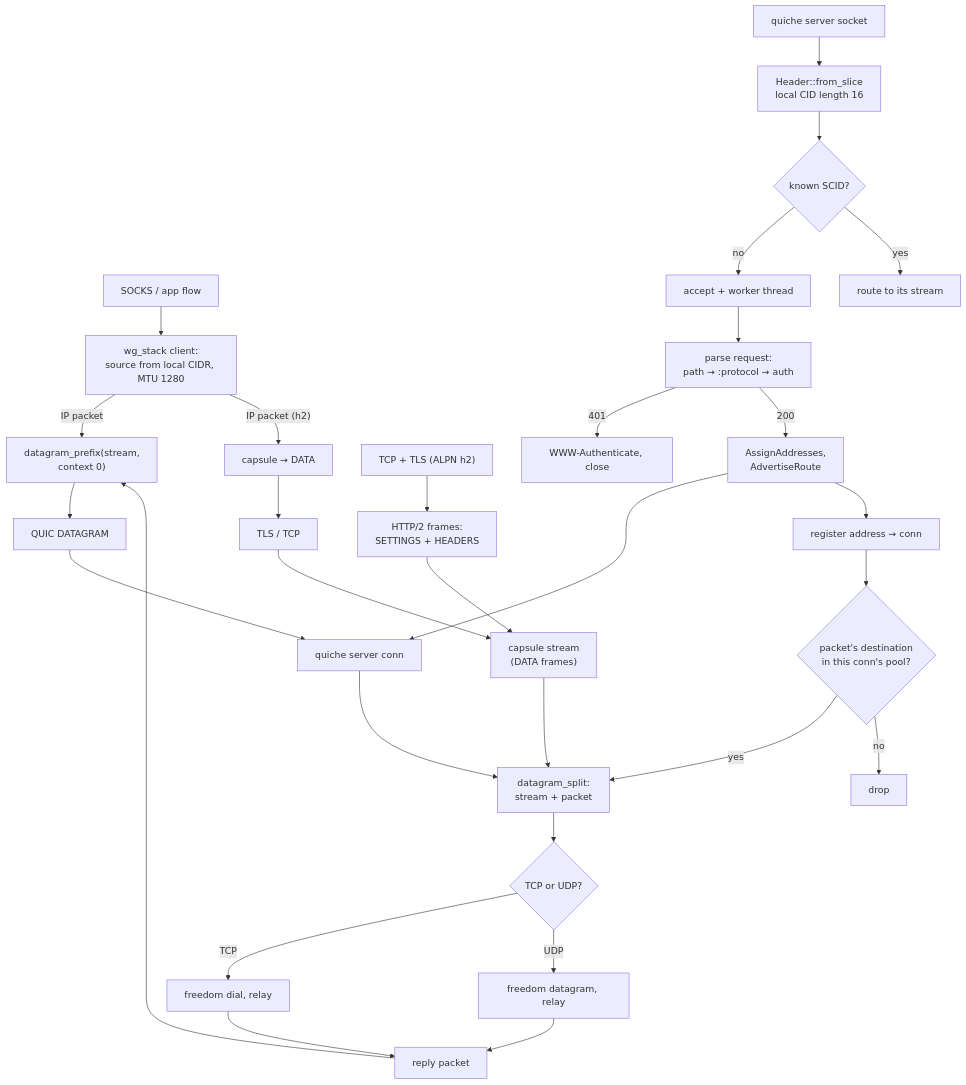
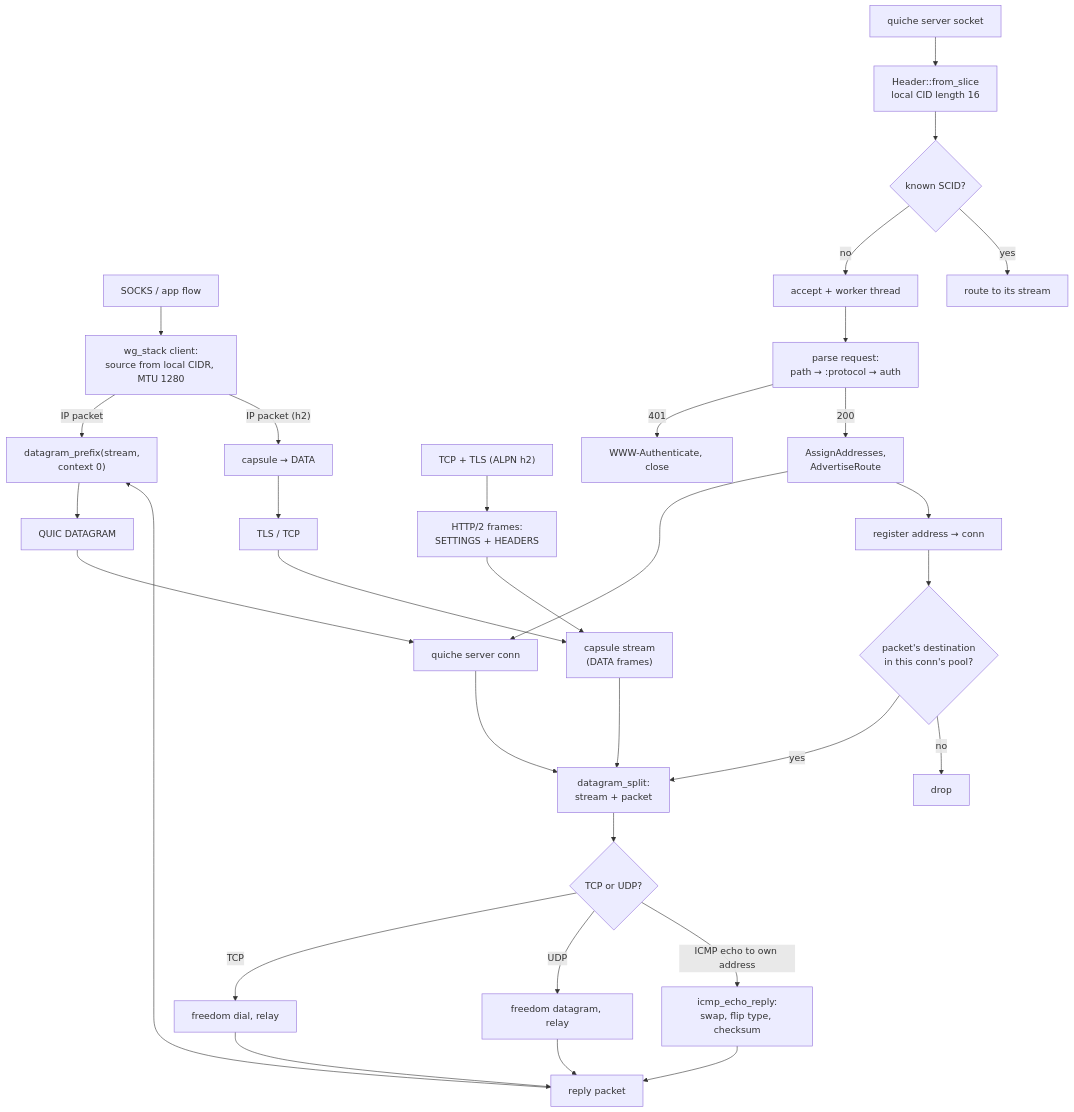
Before and after one commit to Ferrocite/ferrox: the diagram in docs/function/carrier-masque.md, drawn with Mermaid. The commit also changed other lines of this file and 7 other files, not shown here.

Commit message:
icmp: answer echo requests to the device's own address

````diff
--- a/docs/function/carrier-masque.md
+++ b/docs/function/carrier-masque.md
@@ -11,31 +11,32 @@
 ```mermaid
 graph TD
     A["SOCKS / app flow"] --> B["wg_stack client:<br/>source from local CIDR, MTU 1280"]
     B -- "IP packet" --> C["datagram_prefix(stream,<br/>context 0)"]
     C --> D["QUIC DATAGRAM"]
     B -- "IP packet (h2)" --> HC["capsule → DATA"]
     HC --> HT["TLS / TCP"]
     HT --> H2S
     D --> E["quiche server conn"]
     E --> F["datagram_split:<br/>stream + packet"]
     H2["TCP + TLS (ALPN h2)"] --> H2F["HTTP/2 frames:<br/>SETTINGS + HEADERS"]
     H2F --> H2S["capsule stream<br/>(DATA frames)"]
     H2S --> F
     F --> G{"TCP or UDP?"}
     G -- TCP --> H["freedom dial, relay"]
     G -- UDP --> I["freedom datagram, relay"]
-    H & I --> J["reply packet"]
+    G -- "ICMP echo to own address" --> IC["icmp_echo_reply:<br/>swap, flip type, checksum"]
+    H & I & IC --> J["reply packet"]
     J --> C
     S["quiche server socket"] --> T["Header::from_slice<br/>local CID length 16"]
     T --> U{"known SCID?"}
     U -- no --> V["accept + worker thread"]
     U -- yes --> W["route to its stream"]
     V --> X["parse request:<br/>path → :protocol → auth"]
     X -- "401" --> Y["WWW-Authenticate, close"]
     X -- "200" --> Z["AssignAddresses,<br/>AdvertiseRoute"]
     Z --> E
     Z --> AA["register address → conn"]
     AA --> AB{"packet's destination<br/>in this conn's pool?"}
     AB -- yes --> F
     AB -- no --> AC["drop"]
 ```
````
